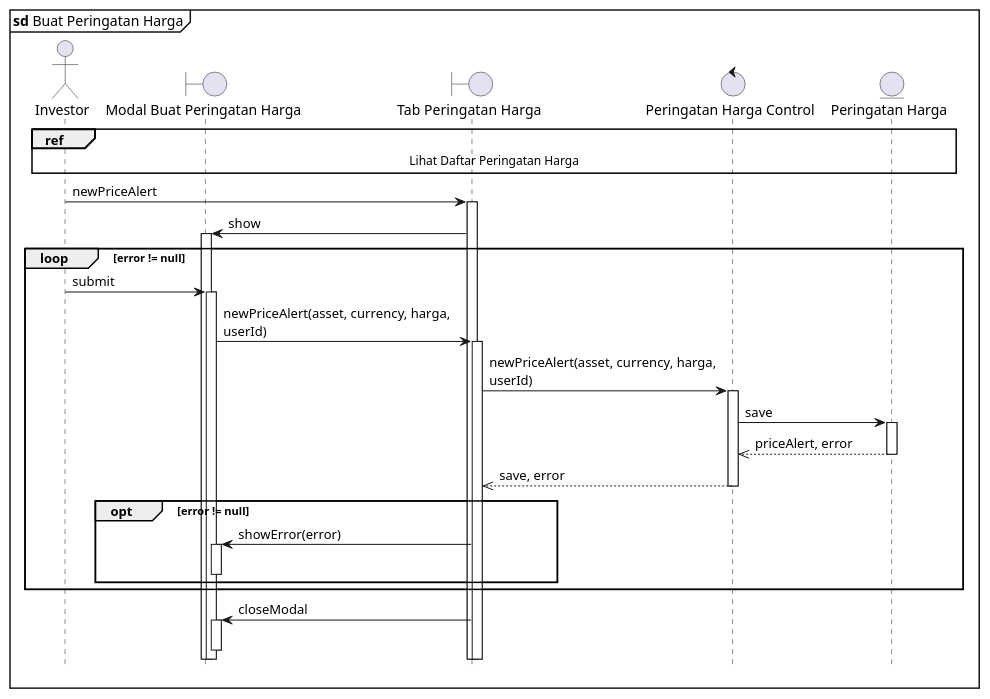
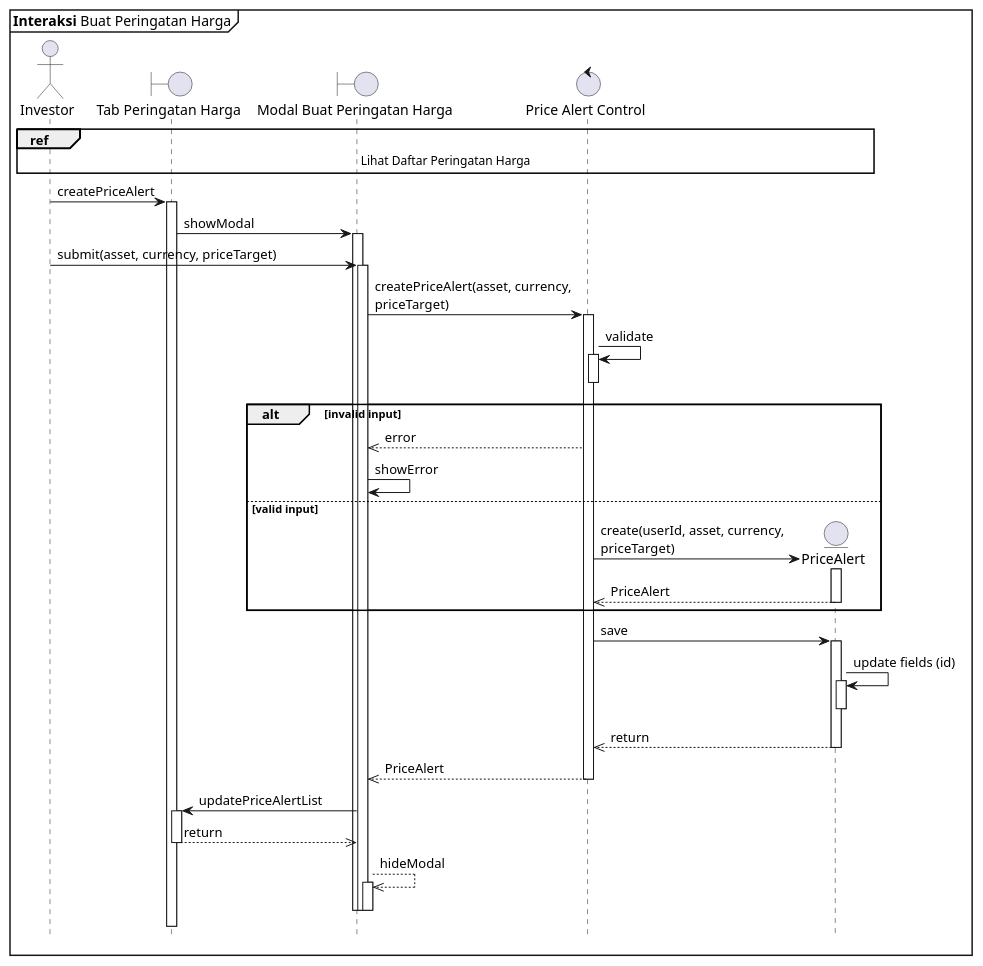
Before and after one commit to clarestarahma/manajemen-investasi: the diagram in sequence/buat-peringatan-harga.puml, drawn with PlantUML. The commit also changed 19 other files, not shown here.

```diff
--- a/sequence/buat-peringatan-harga.puml
+++ b/sequence/buat-peringatan-harga.puml
@@ -1,37 +1,70 @@
 @startuml Sequence
 
 skinparam maxMessageSize 250
+hide footbox
 
-hide footbox
-autoactivate on
-
-mainframe **sd** Buat Peringatan Harga
+mainframe **Interaksi** Buat Peringatan Harga
 
 actor Investor as I
-boundary "Modal Buat Peringatan Harga" as PBPH
 boundary "Tab Peringatan Harga" as TPH
-control "Peringatan Harga Control" as PHC
-entity "Peringatan Harga" as PH
+boundary "Modal Buat Peringatan Harga" as MBPH
+control "Price Alert Control" as PAC
+entity "PriceAlert" as PA
 
-ref over I, PH : Lihat Daftar Peringatan Harga
+ref over I, PA : Lihat Daftar Peringatan Harga
 
-I -> TPH : newPriceAlert
-TPH -> PBPH : show
+' User opens the price alert modal
+I -> TPH : createPriceAlert
+activate TPH
 
-loop error != null
-  I -> PBPH : submit
-  PBPH -> TPH : newPriceAlert(asset, currency, harga, userId)
-  TPH -> PHC : newPriceAlert(asset, currency, harga, userId)
-  PHC -> PH : save
-  PH -->> PHC : priceAlert, error
-  PHC -->> TPH : save, error
+TPH -> MBPH : showModal
+activate MBPH
 
-  opt error != null
-    TPH -> PBPH : showError(error)
-    deactivate PBPH
-  end
+'User submits form
+I -> MBPH : submit(asset, currency, priceTarget)
+activate MBPH
+
+MBPH -> PAC : createPriceAlert(asset, currency, priceTarget)
+activate PAC
+
+'Validation step
+PAC -> PAC : validate
+activate PAC
+deactivate PAC
+
+alt invalid input
+  PAC -->> MBPH : error
+  MBPH -> MBPH : showError
+else valid input
+  'Create and save the PriceAlert entity
+  PAC -> PA ** : create(userId, asset, currency, priceTarget)
+  activate PA
+  PA -->> PAC : PriceAlert
+  deactivate PA
 end
 
-TPH -> PBPH : closeModal
-deactivate PBPH
+  PAC -> PA : save
+  activate PA
+  PA -> PA : update fields (id)
+  activate PA
+  deactivate PA
+  PA -->> PAC : return
+  deactivate PA
+
+  PAC -->> MBPH : PriceAlert
+  deactivate PAC
+
+  'Update UI and close modal
+  MBPH -> TPH : updatePriceAlertList
+  activate TPH
+
+  TPH -->> MBPH : return
+  deactivate TPH
+
+  MBPH -->> MBPH : hideModal
+  activate MBPH
+  deactivate MBPH
+  deactivate MBPH
+  deactivate MBPH
+
 @enduml
```
